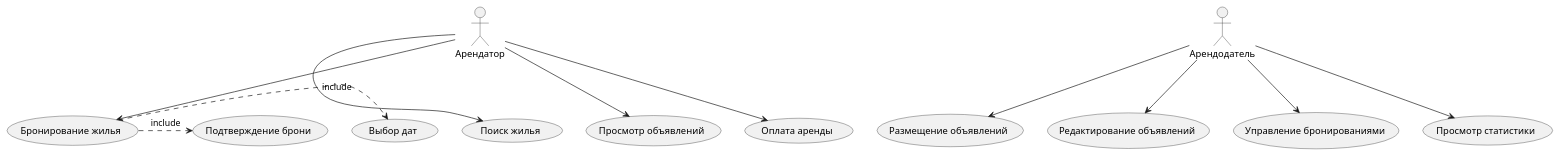
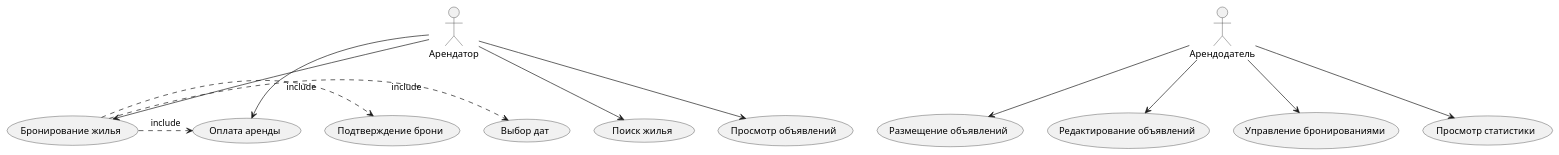
Before and after one commit to CaseBattle/231-20-tikhonenkov: the diagram in мдк 04 01 проект 05/Use Case Diagram.puml, drawn with PlantUML. The commit also changed 5 other files, not shown here.

```diff
--- a/мдк 04 01 проект 05/Use Case Diagram.puml
+++ b/мдк 04 01 проект 05/Use Case Diagram.puml
@@ -1,18 +1,20 @@
 @startuml
 
 actor "Арендатор" as Tenant
 actor "Арендодатель" as Landlord
 
 Tenant --> (Поиск жилья)
 Tenant --> (Просмотр объявлений)
 Tenant --> (Бронирование жилья)
 Tenant --> (Оплата аренды)
 
 Landlord --> (Размещение объявлений)
 Landlord --> (Редактирование объявлений)
 Landlord --> (Управление бронированиями)
 Landlord --> (Просмотр статистики)
 
 (Бронирование жилья) .> (Выбор дат) : include
 (Бронирование жилья) .> (Подтверждение брони) : include
+(Бронирование жилья) .> (Оплата аренды) : include
+
 @enduml
```
